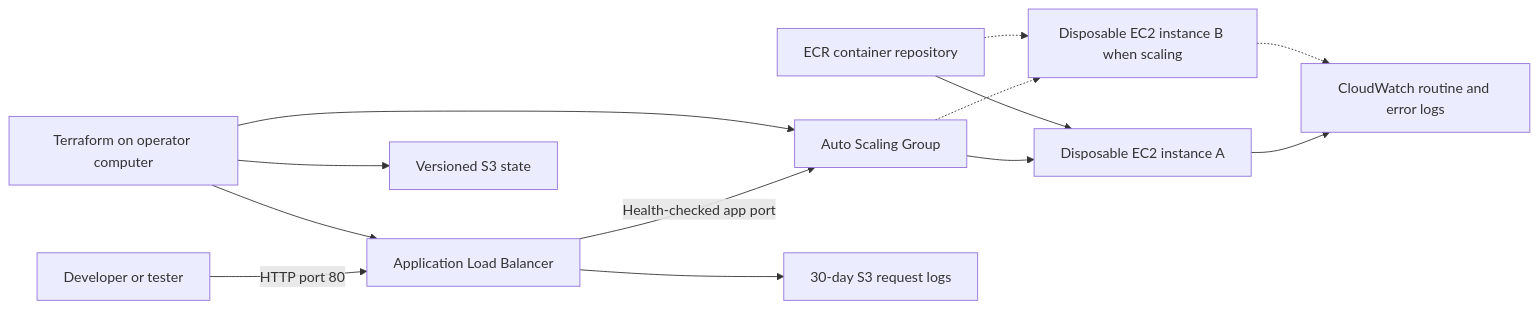
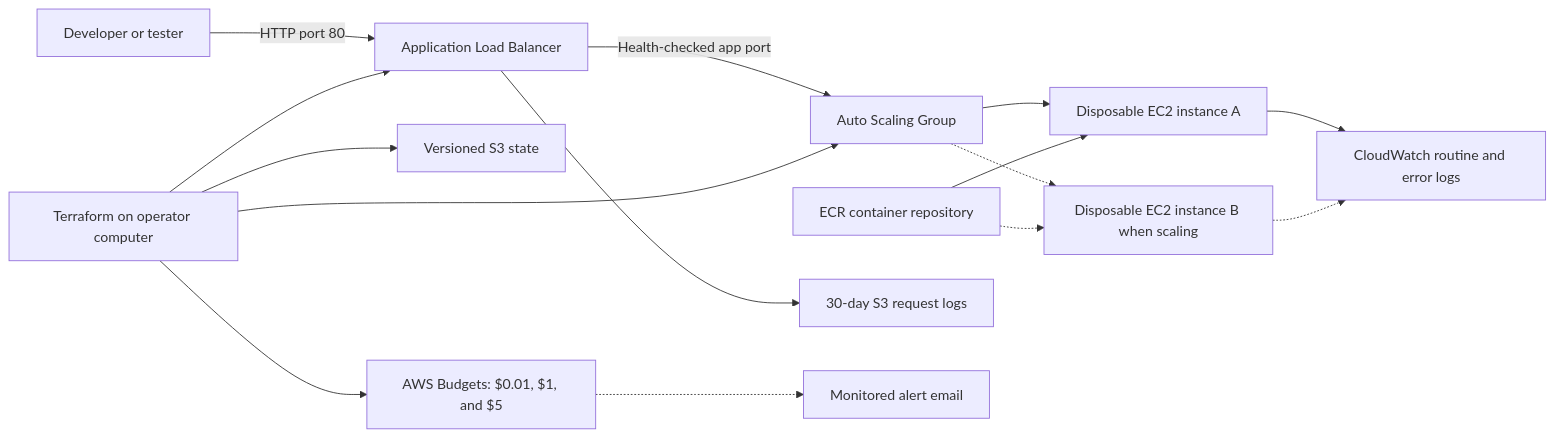
One commit to cbieger/AWS-EnvBuilder changed the diagram in docs/ARCHITECTURE.md. Above: the diagram before and after it, drawn with Mermaid. The commit also changed other lines of this file and 11 other files, not shown here.

````diff
--- a/docs/ARCHITECTURE.md
+++ b/docs/ARCHITECTURE.md
@@ -9,15 +9,17 @@
 ```mermaid
 flowchart LR
     user["Developer or tester"] -->|"HTTP port 80"| alb["Application Load Balancer"]
     alb -->|"Health-checked app port"| asg["Auto Scaling Group"]
     asg --> instance1["Disposable EC2 instance A"]
     asg -.-> instance2["Disposable EC2 instance B when scaling"]
     ecr["ECR container repository"] --> instance1
     ecr -.-> instance2
     instance1 --> cw["CloudWatch routine and error logs"]
     instance2 -.-> cw
     alb --> s3logs["30-day S3 request logs"]
     terraform["Terraform on operator computer"] --> state["Versioned S3 state"]
+    budgets["AWS Budgets: $0.01, $1, and $5"] -.-> email["Monitored alert email"]
     terraform --> alb
     terraform --> asg
+    terraform --> budgets
 ```
````
